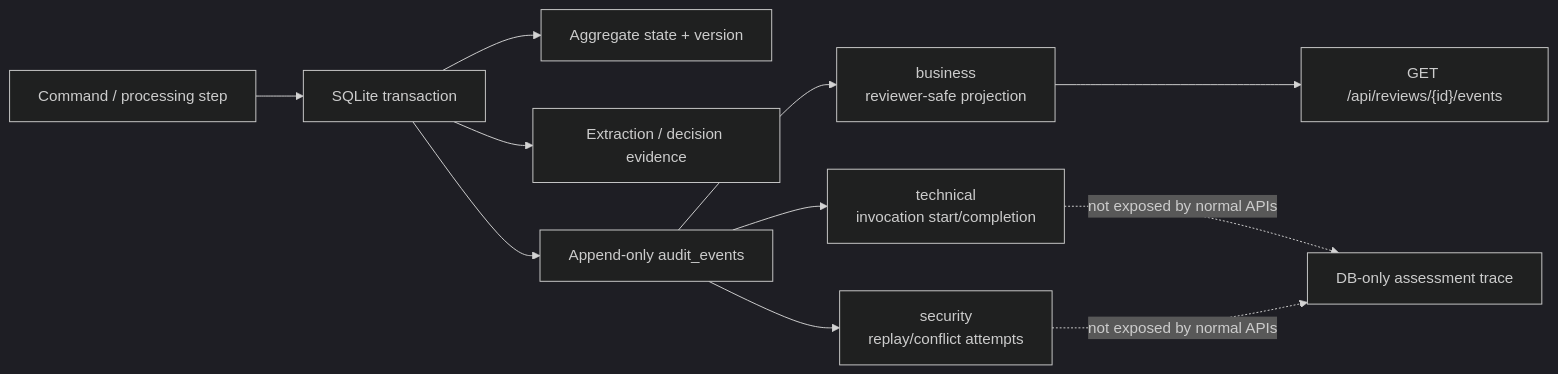
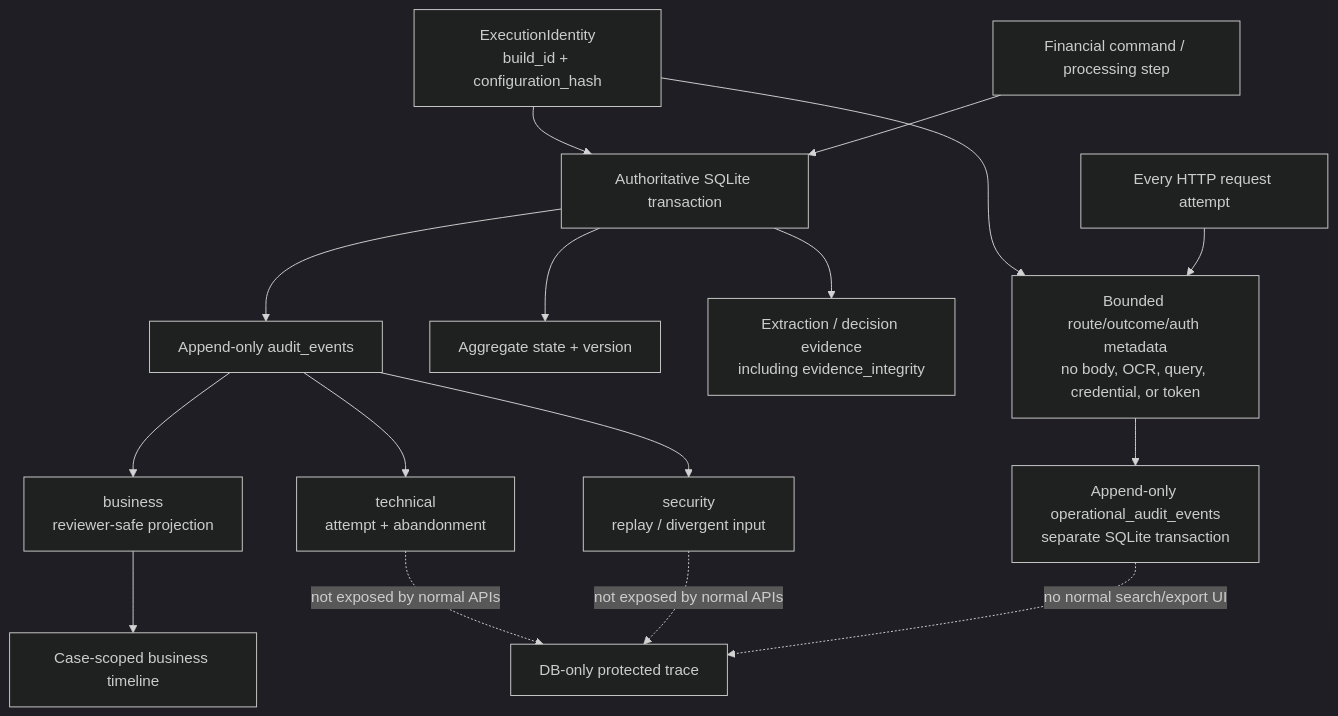
One commit to Dev-Luigy/automation_luigygabriel changed the fifth of 8 diagrams in docs/architecture.md. Above: the diagram before and after it, drawn with Mermaid (dark theme). The commit also changed other lines of this file and 10 other files, not shown here.

Commit message:
docs: align architecture and traceability model

````diff
--- a/docs/architecture.md
+++ b/docs/architecture.md
@@ -160,15 +237,20 @@
 ```mermaid
-flowchart LR
-    Command["Command / processing step"] --> Transaction["SQLite transaction"]
+flowchart TB
+    Identity["ExecutionIdentity\nbuild_id + configuration_hash"] --> Transaction
+    Identity --> Sanitizer
+    Command["Financial command / processing step"] --> Transaction["Authoritative SQLite transaction"]
     Transaction --> State["Aggregate state + version"]
-    Transaction --> Evidence["Extraction / decision evidence"]
+    Transaction --> Evidence["Extraction / decision evidence\nincluding evidence_integrity"]
     Transaction --> Events["Append-only audit_events"]
 
     Events --> Business["business\nreviewer-safe projection"]
-    Events --> Technical["technical\ninvocation start/completion"]
-    Events --> Security["security\nreplay/conflict attempts"]
+    Events --> Technical["technical\nattempt + abandonment"]
+    Events --> Security["security\nreplay / divergent input"]
+    Business --> Timeline["Case-scoped business timeline"]
+    Technical -. "not exposed by normal APIs" .-> Protected["DB-only protected trace"]
+    Security -. "not exposed by normal APIs" .-> Protected
 
-    Business --> Timeline["GET /api/reviews/{id}/events"]
-    Technical -. "not exposed by normal APIs" .-> Protected["DB-only assessment trace"]
-    Security -. "not exposed by normal APIs" .-> Protected
+    HTTPAttempt["Every HTTP request attempt"] --> Sanitizer["Bounded route/outcome/auth metadata\nno body, OCR, query, credential, or token"]
+    Sanitizer --> Operational["Append-only operational_audit_events\nseparate SQLite transaction"]
+    Operational -. "no normal search/export UI" .-> Protected
 ```
````
